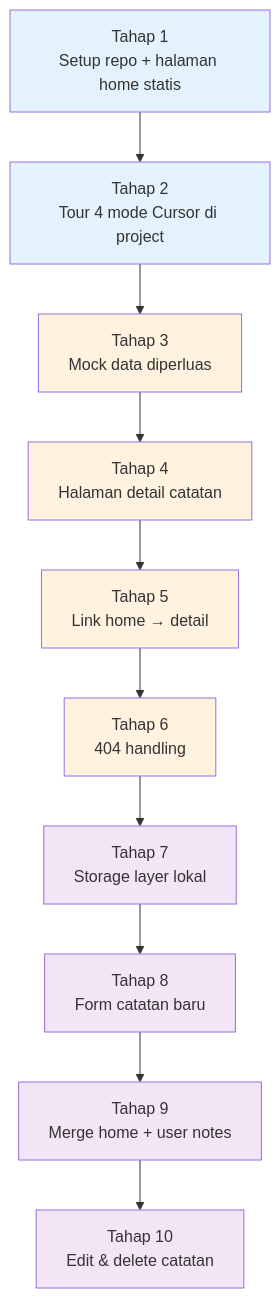
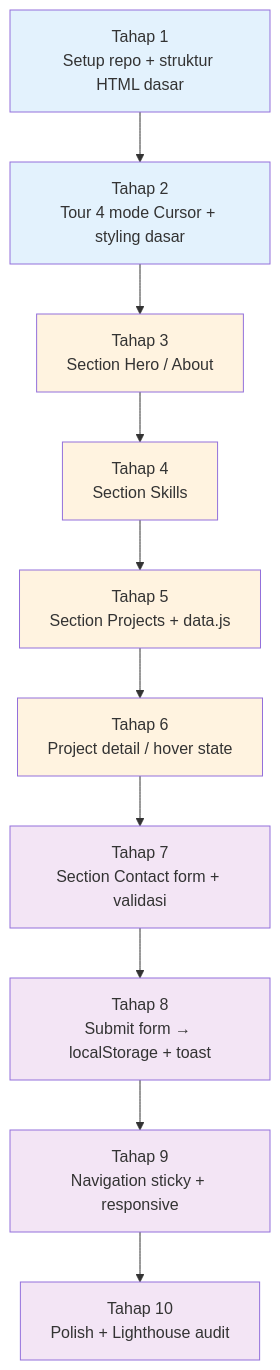
One commit to githubna-ilham/AI_Cursor changed the diagram in Hari-1-Fundamental-DevNotes/perjalanan-project.md. Above: the diagram before and after it, drawn with Mermaid. The commit also changed other lines of this file and 10 other files, not shown here.

First line of the commit message:
feat: pivot project Hari 1 dari DevNotes ke Website Portfolio Personal

````diff
--- a/Hari-1-Fundamental-DevNotes/perjalanan-project.md
+++ b/Hari-1-Fundamental-DevNotes/perjalanan-project.md
@@ -11,23 +13,23 @@
 ```mermaid
 flowchart TD
-    T1[Tahap 1<br/>Setup repo + halaman home statis] --> T2[Tahap 2<br/>Tour 4 mode Cursor di project]
-    T2 --> T3[Tahap 3<br/>Mock data diperluas]
-    T3 --> T4[Tahap 4<br/>Halaman detail catatan]
-    T4 --> T5[Tahap 5<br/>Link home → detail]
-    T5 --> T6[Tahap 6<br/>404 handling]
-    T6 --> T7[Tahap 7<br/>Storage layer lokal]
-    T7 --> T8[Tahap 8<br/>Form catatan baru]
-    T8 --> T9[Tahap 9<br/>Merge home + user notes]
-    T9 --> T10[Tahap 10<br/>Edit & delete catatan]
+    T1[Tahap 1<br/>Setup repo + struktur HTML dasar] --> T2[Tahap 2<br/>Tour 4 mode Cursor + styling dasar]
+    T2 --> T3[Tahap 3<br/>Section Hero / About]
+    T3 --> T4[Tahap 4<br/>Section Skills]
+    T4 --> T5[Tahap 5<br/>Section Projects + data.js]
+    T5 --> T6[Tahap 6<br/>Project detail / hover state]
+    T6 --> T7[Tahap 7<br/>Section Contact form + validasi]
+    T7 --> T8[Tahap 8<br/>Submit form → localStorage + toast]
+    T8 --> T9[Tahap 9<br/>Navigation sticky + responsive]
+    T9 --> T10[Tahap 10<br/>Polish + Lighthouse audit]
 
     style T1 fill:#e3f2fd
     style T2 fill:#e3f2fd
     style T3 fill:#fff3e0
     style T4 fill:#fff3e0
     style T5 fill:#fff3e0
     style T6 fill:#fff3e0
     style T7 fill:#f3e5f5
     style T8 fill:#f3e5f5
     style T9 fill:#f3e5f5
     style T10 fill:#f3e5f5
 ```
````
